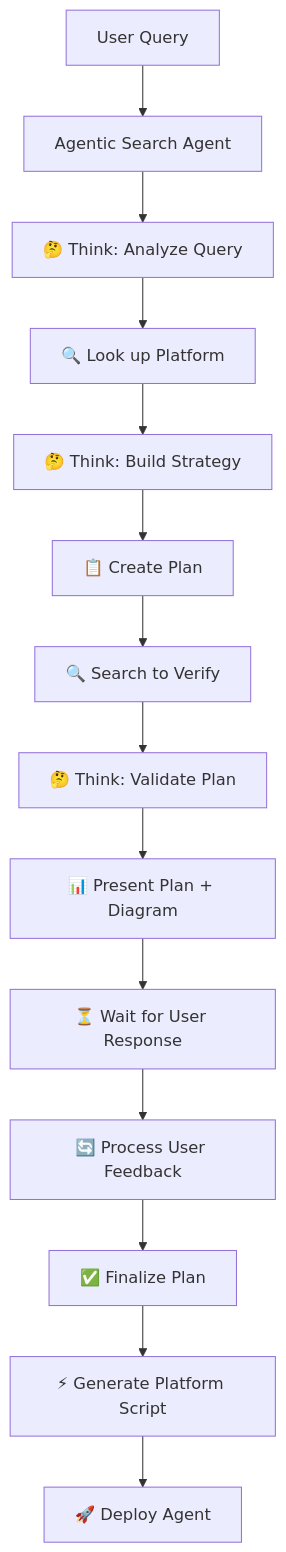
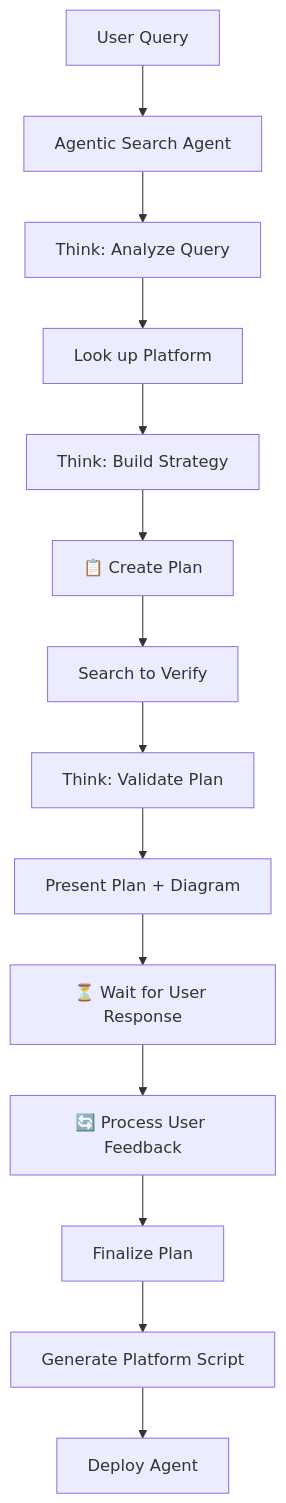
One commit to MikePfunk28/strandsagents changed the diagram in plan.md. Above: the diagram before and after it, drawn with Mermaid. The commit also changed other lines of this file and 78 other files, not shown here.

````diff
--- a/plan.md
+++ b/plan.md
@@ -8,16 +8,16 @@
 ```mermaid
 graph TB
     User[User Query] --> AgenticSearch[Agentic Search Agent]
-    AgenticSearch --> Think1[🤔 Think: Analyze Query]
-    Think1 --> PlatformLookup[🔍 Look up Platform]
-    PlatformLookup --> Think2[🤔 Think: Build Strategy]
+    AgenticSearch --> Think1[ Think: Analyze Query]
+    Think1 --> PlatformLookup[ Look up Platform]
+    PlatformLookup --> Think2[ Think: Build Strategy]
     Think2 --> CreatePlan[📋 Create Plan]
-    CreatePlan --> SearchVerify[🔍 Search to Verify]
-    SearchVerify --> Think3[🤔 Think: Validate Plan]
-    Think3 --> PresentPlan[📊 Present Plan + Diagram]
+    CreatePlan --> SearchVerify[ Search to Verify]
+    SearchVerify --> Think3[ Think: Validate Plan]
+    Think3 --> PresentPlan[ Present Plan + Diagram]
     PresentPlan --> WaitResponse[⏳ Wait for User Response]
     WaitResponse --> ProcessFeedback[🔄 Process User Feedback]
-    ProcessFeedback --> FinalizePlan[✅ Finalize Plan]
-    FinalizePlan --> GenerateScript[⚡ Generate Platform Script]
-    GenerateScript --> DeployAgent[🚀 Deploy Agent]
+    ProcessFeedback --> FinalizePlan[ Finalize Plan]
+    FinalizePlan --> GenerateScript[ Generate Platform Script]
+    GenerateScript --> DeployAgent[ Deploy Agent]
 ```
````
